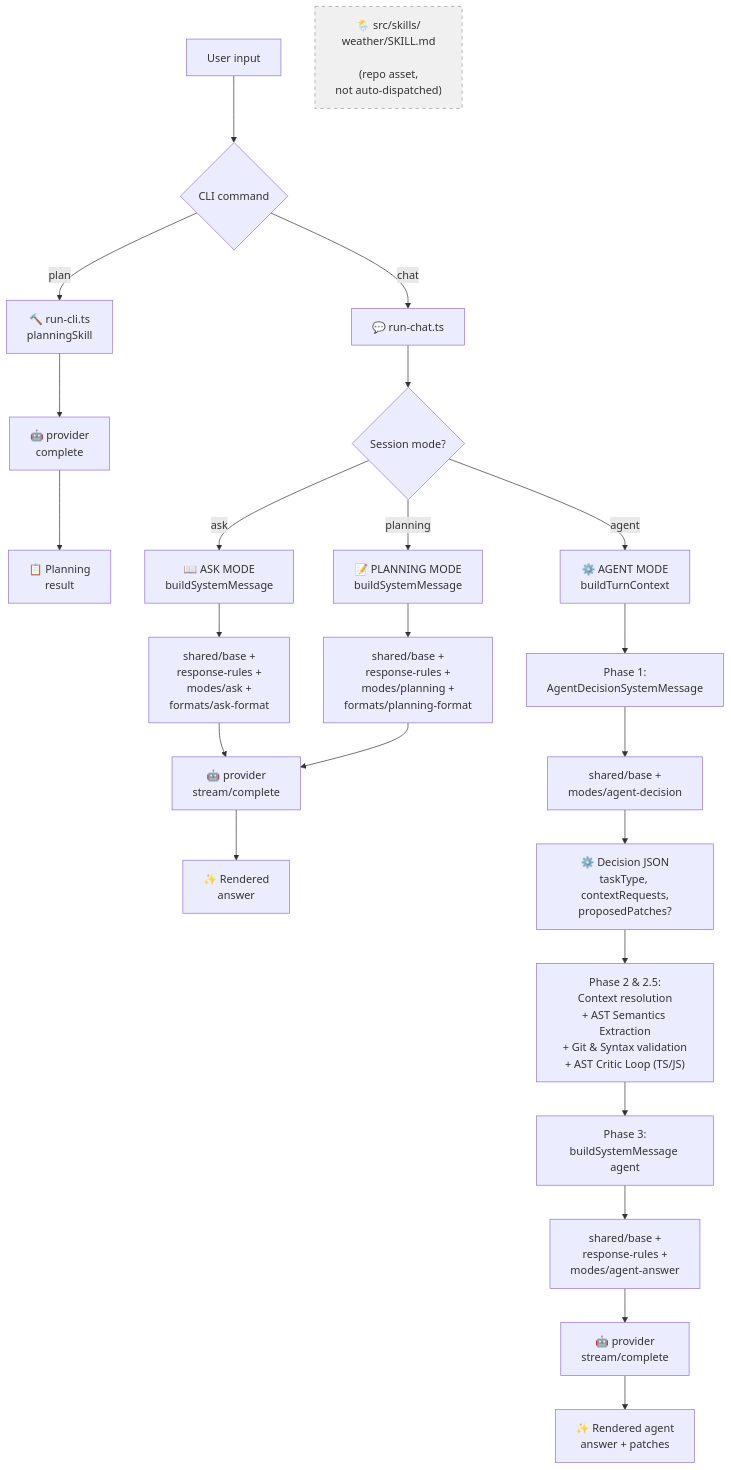
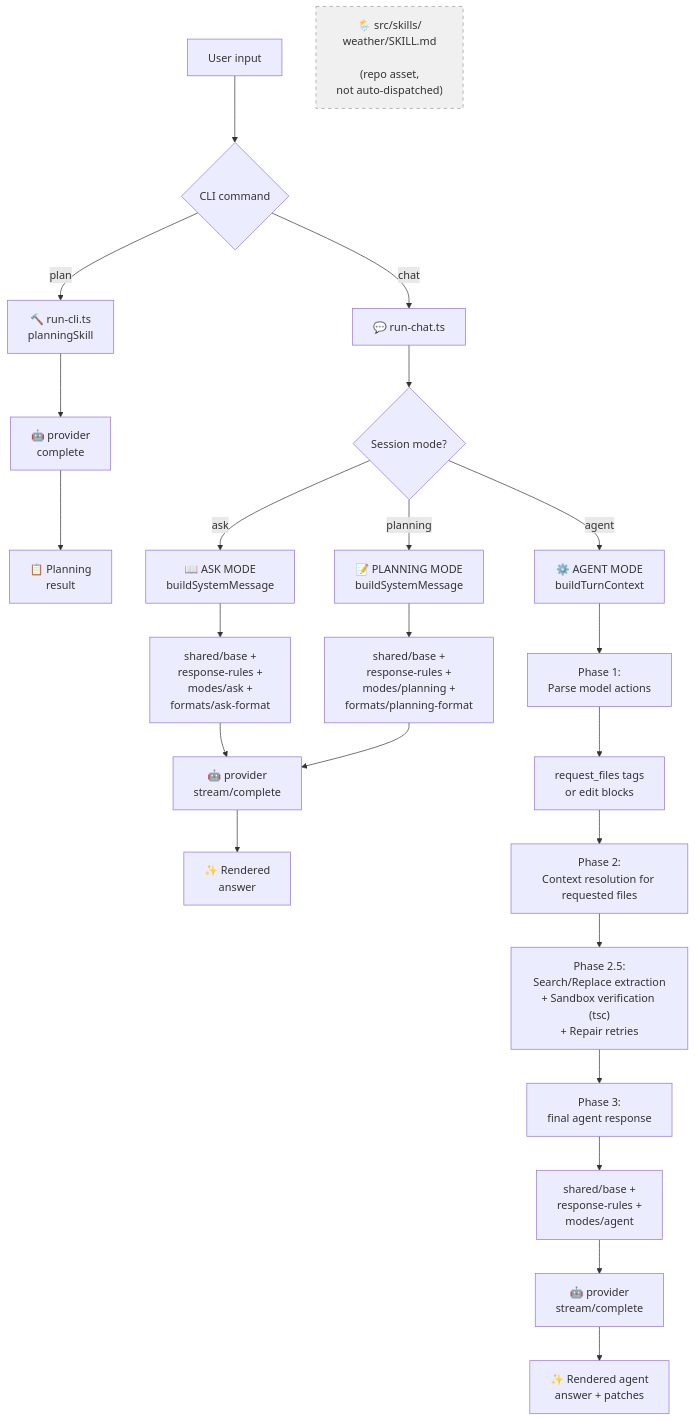
One commit to lucasaguilar/rei changed the diagram in docs/prompt-architecture.md. Above: the diagram before and after it, drawn with Mermaid. The commit also changed other lines of this file and 16 other files, not shown here.

````diff
--- a/docs/prompt-architecture.md
+++ b/docs/prompt-architecture.md
@@ -147,33 +147,33 @@
 ```mermaid
 flowchart TD
   A[User input] --> B{CLI command}
 
   B -->|plan| C["🔨 run-cli.ts<br/>planningSkill"]
   C --> D["🤖 provider<br/>complete"]
   D --> G["📋 Planning<br/>result"]
 
   B -->|chat| H["💬 run-chat.ts"]
   H --> I{Session mode?}
 
   I -->|ask| J["📖 ASK MODE<br/>buildSystemMessage"]
   J --> JA["shared/base +<br/>response-rules +<br/>modes/ask +<br/>formats/ask-format"]
   JA --> O["🤖 provider<br/>stream/complete"]
   O --> OM["✨ Rendered<br/>answer"]
 
   I -->|planning| P["📝 PLANNING MODE<br/>buildSystemMessage"]
   P --> PA["shared/base +<br/>response-rules +<br/>modes/planning +<br/>formats/planning-format"]
   PA --> O
 
   I -->|agent| U["⚙️ AGENT MODE<br/>buildTurnContext"]
-  U --> V["Phase 1:<br/>AgentDecisionSystemMessage"]
-  V --> VA["shared/base +<br/>modes/agent-decision"]
-  VA --> Y["⚙️ Decision JSON<br/>taskType, contextRequests,<br/>proposedPatches?"]
-  Y --> Z["Phase 2 & 2.5:<br/>Context resolution<br/>+ AST Semantics Extraction<br/>+ Git & Syntax validation<br/>+ AST Critic Loop (TS/JS)"]
-  Z --> AA["Phase 3:<br/>buildSystemMessage agent"]
-  AA --> AAA["shared/base +<br/>response-rules +<br/>modes/agent-answer"]
+  U --> V["Phase 1:<br/>Parse model actions"]
+  V --> VA["request_files tags<br/>or edit blocks"]
+  VA --> Y["Phase 2:<br/>Context resolution for requested files"]
+  Y --> Z["Phase 2.5:<br/>Search/Replace extraction<br/>+ Sandbox verification (tsc)<br/>+ Repair retries"]
+  Z --> AA["Phase 3:<br/>final agent response"]
+  AA --> AAA["shared/base +<br/>response-rules +<br/>modes/agent"]
   AAA --> AE["🤖 provider<br/>stream/complete"]
   AE --> AF["✨ Rendered agent<br/>answer + patches"]
 
   style AG fill:#f0f0f0,stroke:#999,stroke-dasharray: 5 5
   AG["🌦️ src/skills/<br/>weather/SKILL.md<br/><br/>(repo asset,<br/>not auto-dispatched)"]
 ```
````
